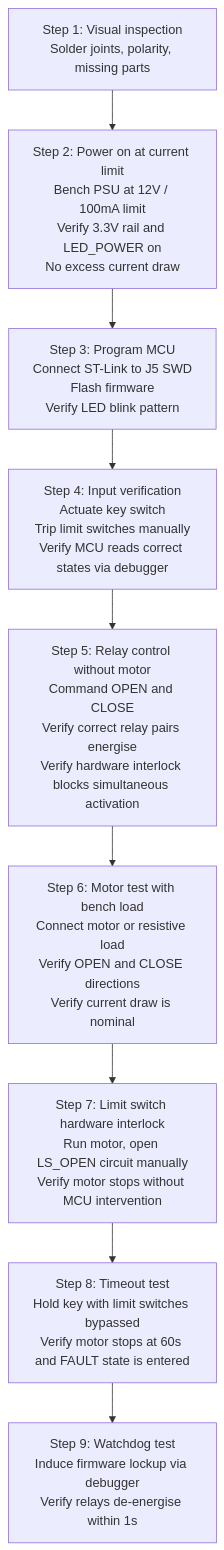
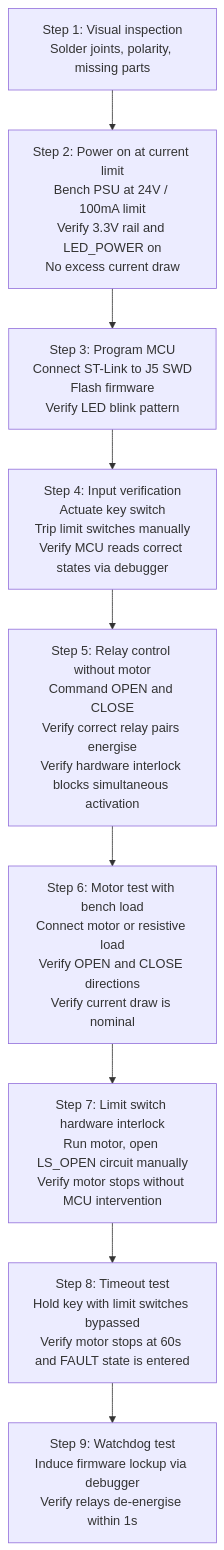
One commit to gonzafernan/pool-cover-control changed the third of 3 diagrams in ROADMAP.md. Above: the diagram before and after it, drawn with Mermaid. The commit also changed other lines of this file and 4 other files, not shown here.

Commit message:
feat(hardware): implement SC1 power tree schematic

````diff
--- a/ROADMAP.md
+++ b/ROADMAP.md
@@ -237,14 +238,14 @@
 ```mermaid
 flowchart TD
     B1["Step 1: Visual inspection\nSolder joints, polarity, missing parts"]
-    B2["Step 2: Power on at current limit\nBench PSU at 12V / 100mA limit\nVerify 3.3V rail and LED_POWER on\nNo excess current draw"]
+    B2["Step 2: Power on at current limit\nBench PSU at 24V / 100mA limit\nVerify 3.3V rail and LED_POWER on\nNo excess current draw"]
     B3["Step 3: Program MCU\nConnect ST-Link to J5 SWD\nFlash firmware\nVerify LED blink pattern"]
     B4["Step 4: Input verification\nActuate key switch\nTrip limit switches manually\nVerify MCU reads correct states via debugger"]
     B5["Step 5: Relay control without motor\nCommand OPEN and CLOSE\nVerify correct relay pairs energise\nVerify hardware interlock blocks simultaneous activation"]
     B6["Step 6: Motor test with bench load\nConnect motor or resistive load\nVerify OPEN and CLOSE directions\nVerify current draw is nominal"]
     B7["Step 7: Limit switch hardware interlock\nRun motor, open LS_OPEN circuit manually\nVerify motor stops without MCU intervention"]
     B8["Step 8: Timeout test\nHold key with limit switches bypassed\nVerify motor stops at 60s and FAULT state is entered"]
     B9["Step 9: Watchdog test\nInduce firmware lockup via debugger\nVerify relays de-energise within 1s"]
 
     B1 --> B2 --> B3 --> B4 --> B5 --> B6 --> B7 --> B8 --> B9
 ```
````
